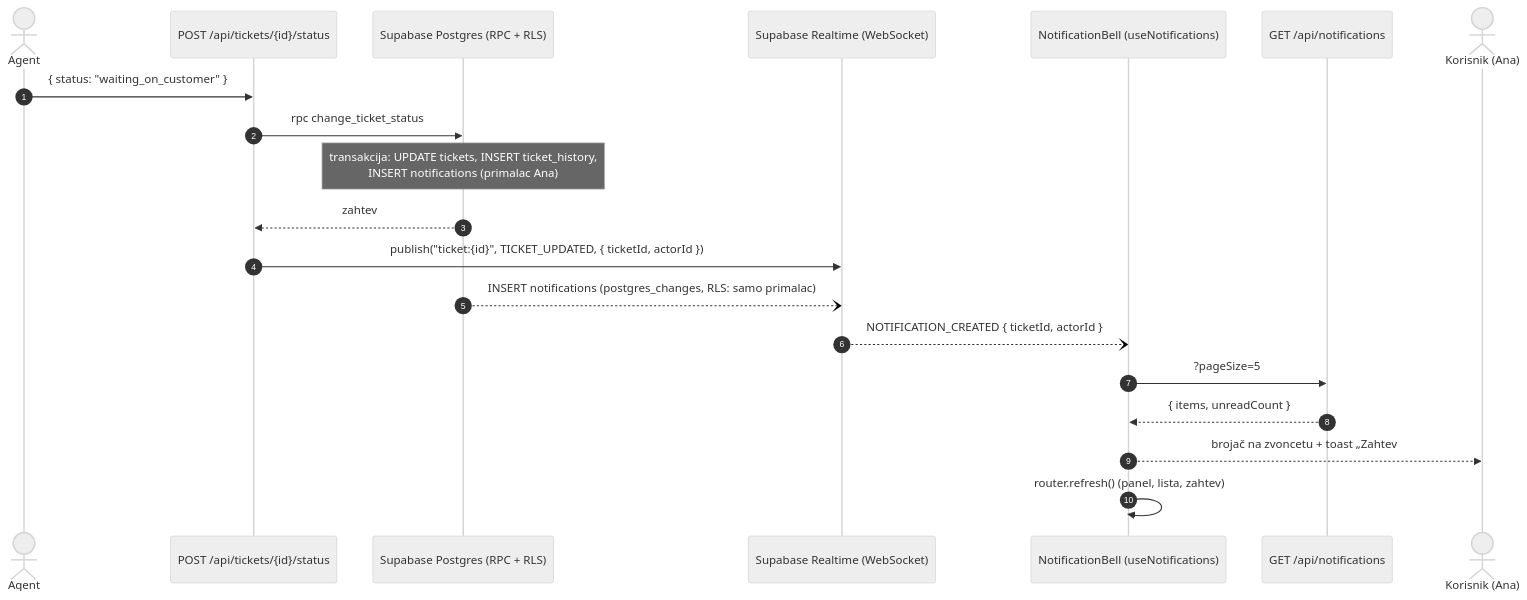
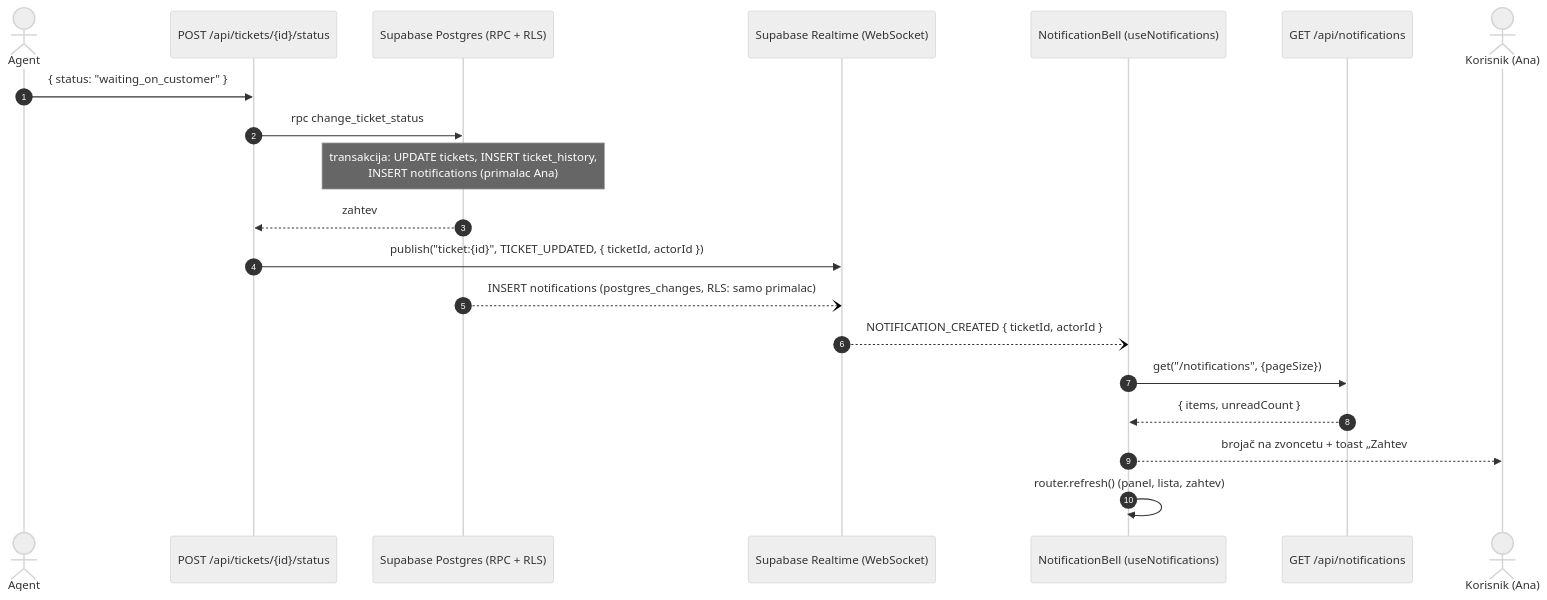
Before and after one commit to milutinpetrovic/diplomski-helpdesk: diagram 13 of 14 in docs/05-dijagrami-sekvenci.md, drawn with Mermaid (neutral theme). The commit also changed other lines of this file and 43 other files, not shown here.

First line of the commit message:
docs: sync diagrams and tables with the code (Phase 10b)

````diff
--- a/docs/05-dijagrami-sekvenci.md
+++ b/docs/05-dijagrami-sekvenci.md
@@ -445,23 +446,23 @@
 ```mermaid
 sequenceDiagram
     autonumber
     actor AG as Agent
     participant API as POST /api/tickets/{id}/status
     participant DB as Supabase Postgres (RPC + RLS)
     participant RT as Supabase Realtime (WebSocket)
     participant NB as NotificationBell (useNotifications)
     participant NAPI as GET /api/notifications
     actor K as Korisnik (Ana)
 
     AG->>API: { status: "waiting_on_customer" }
     API->>DB: rpc change_ticket_status
     Note over DB: transakcija: UPDATE tickets, INSERT ticket_history,<br/>INSERT notifications (primalac Ana)
     DB-->>API: zahtev
     API->>RT: publish("ticket:{id}", TICKET_UPDATED, { ticketId, actorId })
     DB--)RT: INSERT notifications (postgres_changes, RLS: samo primalac)
     RT--)NB: NOTIFICATION_CREATED { ticketId, actorId }
-    NB->>NAPI: ?pageSize=5
+    NB->>NAPI: get("/notifications", {pageSize})
     NAPI-->>NB: { items, unreadCount }
     NB-->>K: brojač na zvoncetu + toast „Zahtev #1003: promenjen status (Jelena Agentić)“
     NB->>NB: router.refresh() (panel, lista, zahtev)
 ```
````
